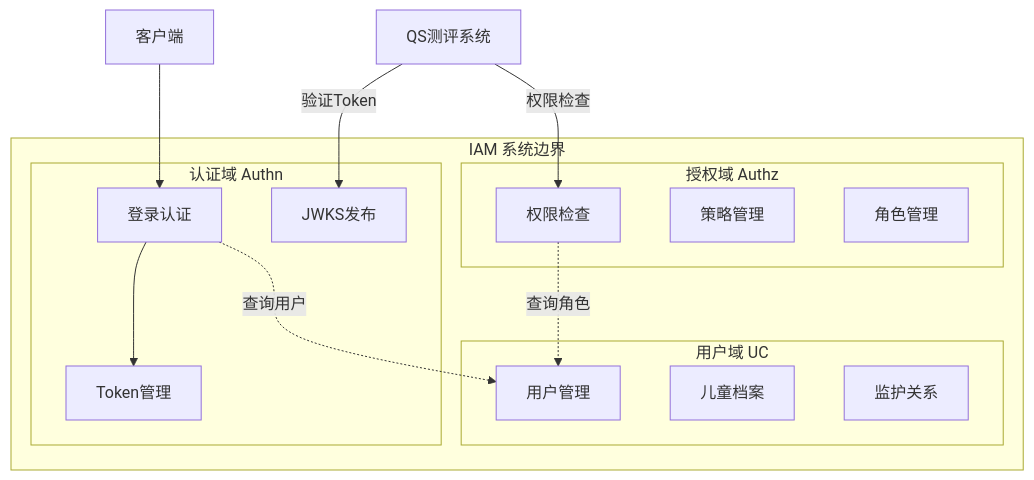
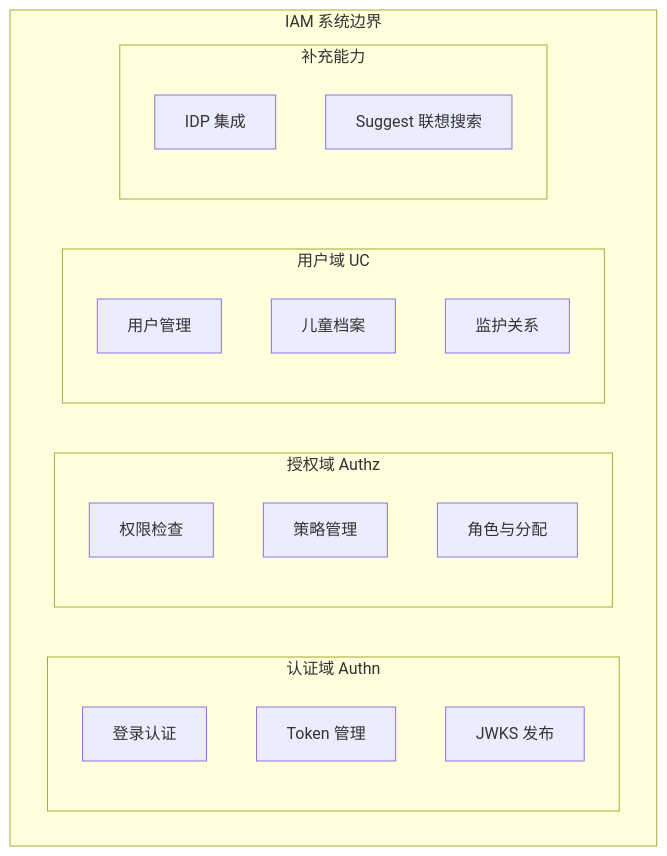
The second of 2 diagrams in docs/00-概览/01-系统架构总览.md (FangcunMount/iam-contracts), drawn with Mermaid before and after one commit. The commit also changed other lines of this file and 56 other files, not shown here.

````diff
--- a/docs/00-概览/01-系统架构总览.md
+++ b/docs/00-概览/01-系统架构总览.md
@@ -68,30 +87,27 @@
 ```mermaid
 graph TB
     subgraph "IAM 系统边界"
         subgraph "认证域 Authn"
             A1[登录认证]
-            A2[Token管理]
-            A3[JWKS发布]
+            A2[Token 管理]
+            A3[JWKS 发布]
         end
-        
+
         subgraph "授权域 Authz"
             B1[权限检查]
             B2[策略管理]
-            B3[角色管理]
+            B3[角色与分配]
         end
-        
+
         subgraph "用户域 UC"
             C1[用户管理]
             C2[儿童档案]
             C3[监护关系]
         end
+
+        subgraph "补充能力"
+            D1[IDP 集成]
+            D2[Suggest 联想搜索]
+        end
     end
-    
-    Client[客户端] --> A1
-    A1 --> A2
-    A1 -.->|查询用户| C1
-    B1 -.->|查询角色| C1
-    
-    QS[QS测评系统] -->|验证Token| A3
-    QS -->|权限检查| B1
 ```
````
